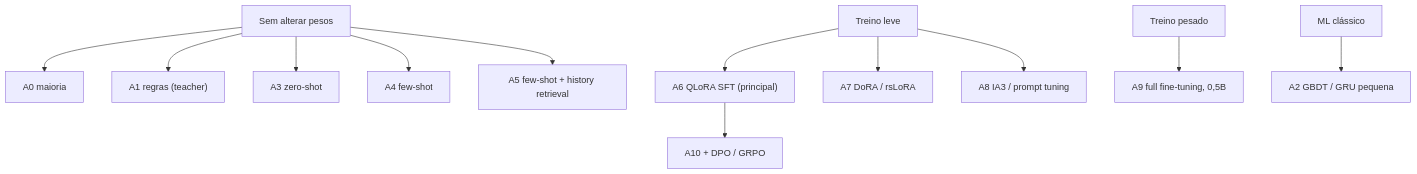
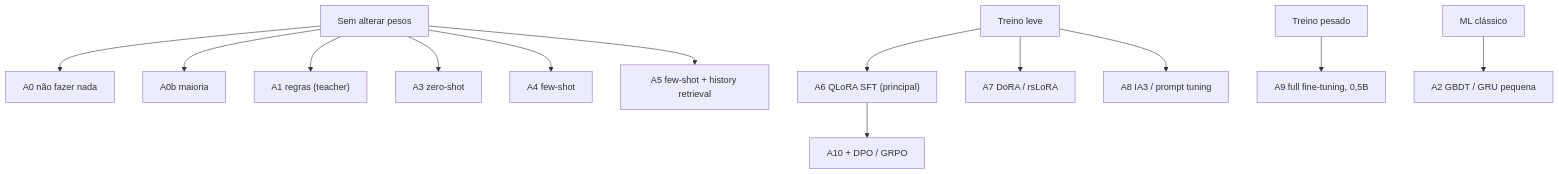
One commit to murilopes7/fine-tuning changed the second of 2 diagrams in README.md. Above: the diagram before and after it, drawn with Mermaid. The commit also changed other lines of this file and 2 other files, not shown here.

````diff
--- a/README.md
+++ b/README.md
@@ -43,8 +43,8 @@
 ```mermaid
 flowchart TD
-  N["Sem alterar pesos"] --> A0["A0 maioria"] & A1["A1 regras (teacher)"] & A3["A3 zero-shot"] & A4["A4 few-shot"] & A5["A5 few-shot + history retrieval"]
+  N["Sem alterar pesos"] --> A0["A0 não fazer nada"] & A0b["A0b maioria"] & A1["A1 regras (teacher)"] & A3["A3 zero-shot"] & A4["A4 few-shot"] & A5["A5 few-shot + history retrieval"]
   L["Treino leve"] --> A6["A6 QLoRA SFT (principal)"] & A7["A7 DoRA / rsLoRA"] & A8["A8 IA3 / prompt tuning"]
   H["Treino pesado"] --> A9["A9 full fine-tuning, 0,5B"]
   A6 --> A10["A10 + DPO / GRPO"]
   C["ML clássico"] --> A2["A2 GBDT / GRU pequena"]
 ```
````
